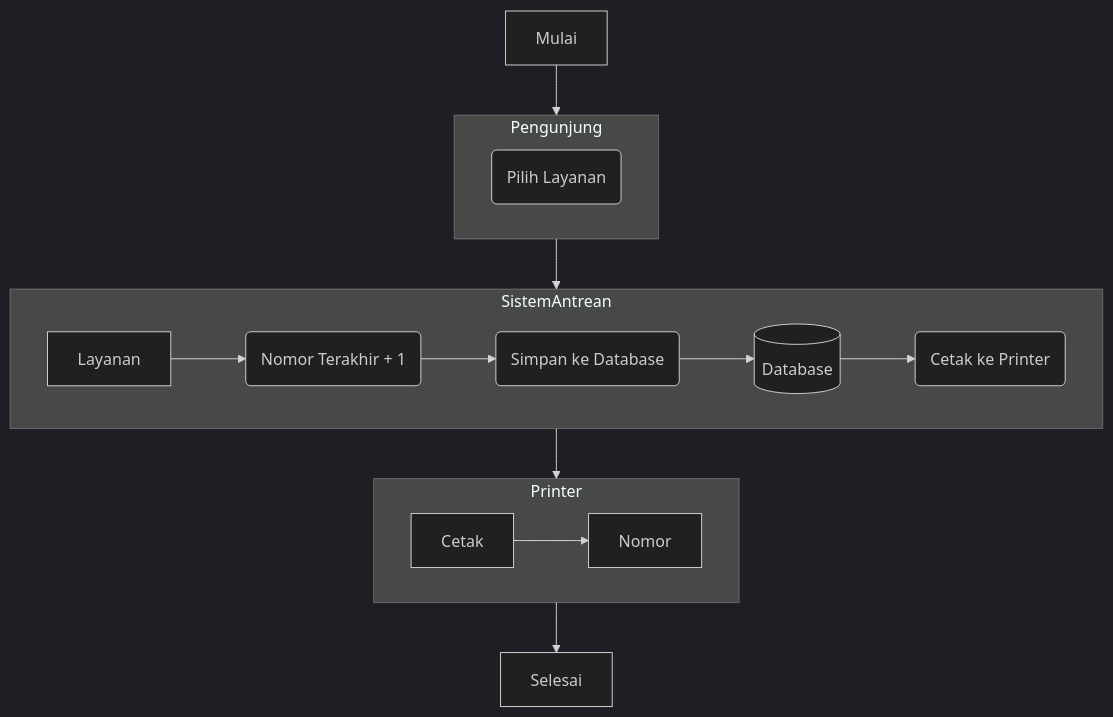
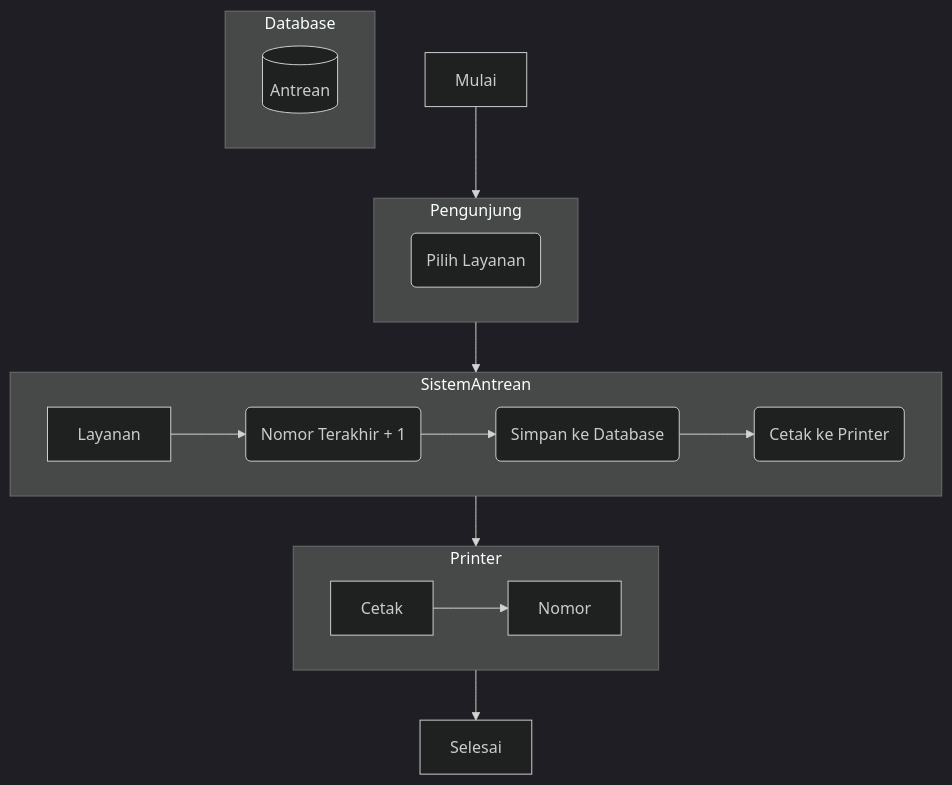
The diagram in flowchart_antrean_pengunjung.mmd (rezekikode/diagram), drawn with Mermaid (dark theme) before and after one commit.

```diff
--- a/flowchart_antrean_pengunjung.mmd
+++ b/flowchart_antrean_pengunjung.mmd
@@ -1,14 +1,17 @@
-flowchart TB
+flowchart TB  
+  subgraph Pengunjung
+    p1("Pilih Layanan")
+  end  
+  subgraph SistemAntrean
+    Layanan-->s1("Nomor Terakhir + 1")-->s2("Simpan ke Database")-->s3("Cetak ke Printer")
+  end
+  subgraph Printer
+    Cetak-->Nomor
+  end
+  subgraph Database
+    db[(Antrean)]
+  end
   Mulai-->Pengunjung
   Pengunjung-->SistemAntrean
   SistemAntrean-->Printer
   Printer-->Selesai
-  subgraph Pengunjung
-    p1("Pilih Layanan")
-  end  
-  subgraph SistemAntrean
-    Layanan-->s1("Nomor Terakhir + 1")-->s2("Simpan ke Database")-->db[(Database)]-->s3("Cetak ke Printer")
-  end
-  subgraph Printer
-    Cetak-->Nomor
-  end
```
